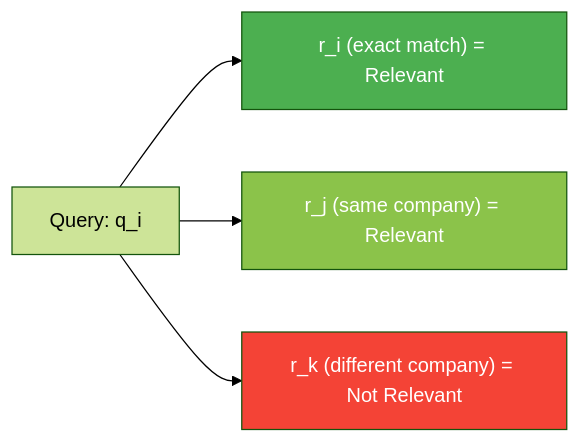
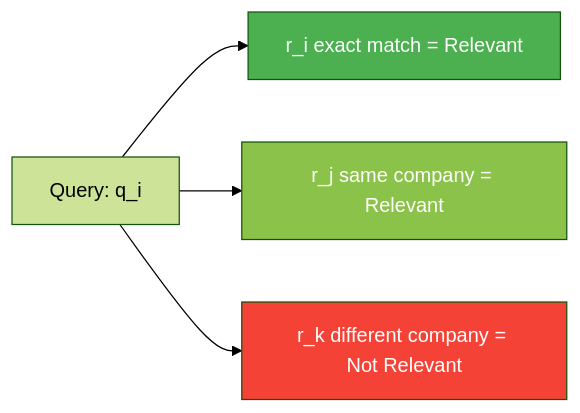
One commit to ursuswh-metamorphic/SDA_SecureDataAlliance changed the third of 11 diagrams in docs/DP_Evaluation_Report.md. Above: the diagram before and after it, drawn with Mermaid (forest theme). The commit also changed other lines of this file and 2 other files, not shown here.

````diff
--- a/docs/DP_Evaluation_Report.md
+++ b/docs/DP_Evaluation_Report.md
@@ -93,10 +104,10 @@
 ```mermaid
 graph LR
-    Q["Query: q_i"] --> R1["r_i (exact match) = Relevant"]
-    Q --> R2["r_j (same company) = Relevant"]
-    Q --> R3["r_k (different company) = Not Relevant"]
+    Q["Query: q_i"] --> R1["r_i exact match = Relevant"]
+    Q --> R2["r_j same company = Relevant"]
+    Q --> R3["r_k different company = Not Relevant"]
 
     style R1 fill:#4CAF50,color:#fff
     style R2 fill:#8BC34A,color:#fff
     style R3 fill:#f44336,color:#fff
 ```
````
